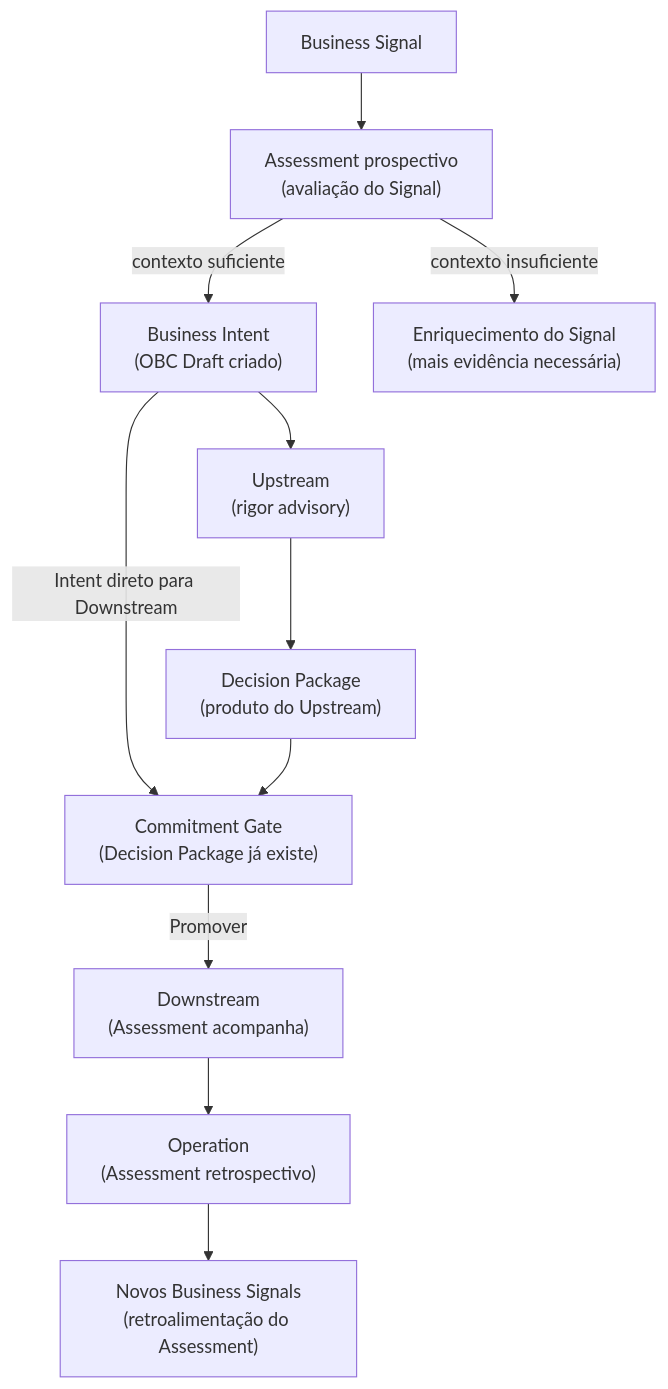
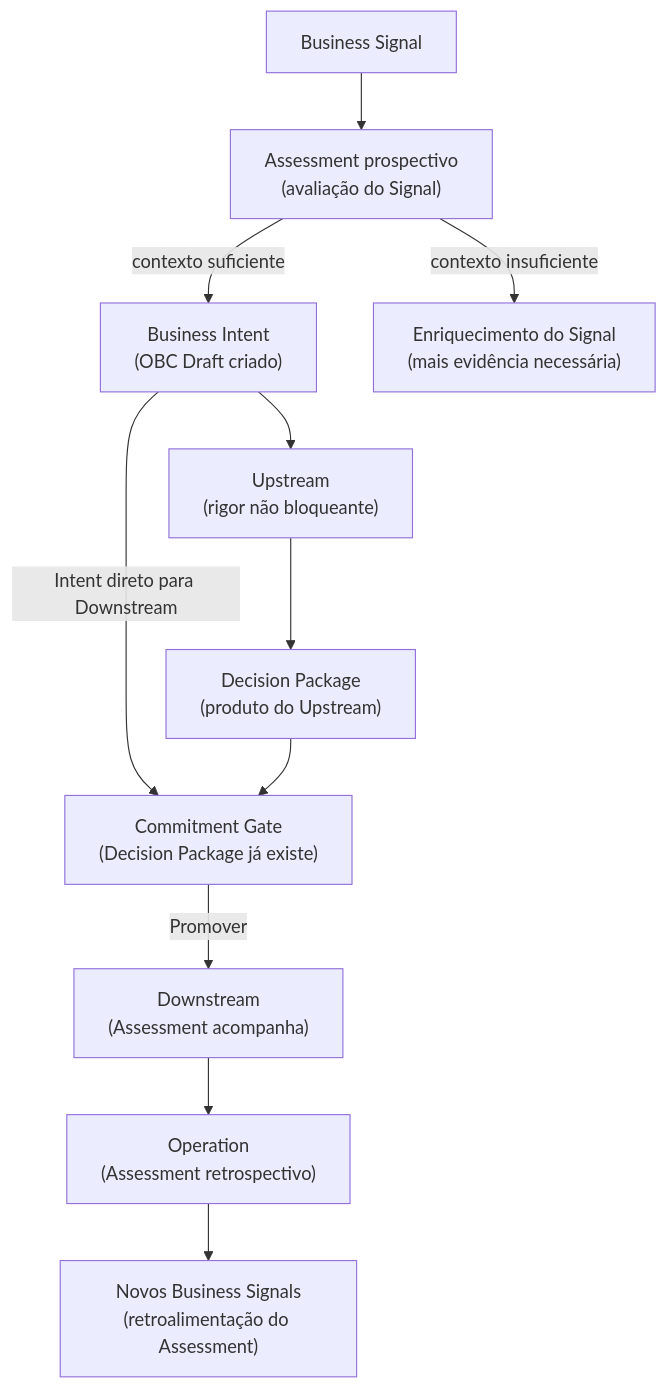
One commit to produtoreativo/from-intent-to-outcome changed the second of 4 diagrams in capitulo-04.md. Above: the diagram before and after it, drawn with Mermaid. The commit also changed 8 other files, not shown here.

````diff
--- a/capitulo-04.md
+++ b/capitulo-04.md
@@ -67,13 +67,13 @@
 ```mermaid
 graph TD
     BS["Business Signal"] --> A["Assessment prospectivo\n(avaliação do Signal)"]
     A --> |"contexto suficiente"| BI["Business Intent\n(OBC Draft criado)"]
     A --> |"contexto insuficiente"| EV["Enriquecimento do Signal\n(mais evidência necessária)"]
-    BI --> UP["Upstream\n(rigor advisory)"]
+    BI --> UP["Upstream\n(rigor não bloqueante)"]
     BI --> |"Intent direto para Downstream"| CG["Commitment Gate\n(Decision Package já existe)"]
     UP --> DP["Decision Package\n(produto do Upstream)"]
     DP --> CG
     CG --> |"Promover"| DS["Downstream\n(Assessment acompanha)"]
     DS --> OP["Operation\n(Assessment retrospectivo)"]
     OP --> NBS["Novos Business Signals\n(retroalimentação do Assessment)"]
 ```
````
